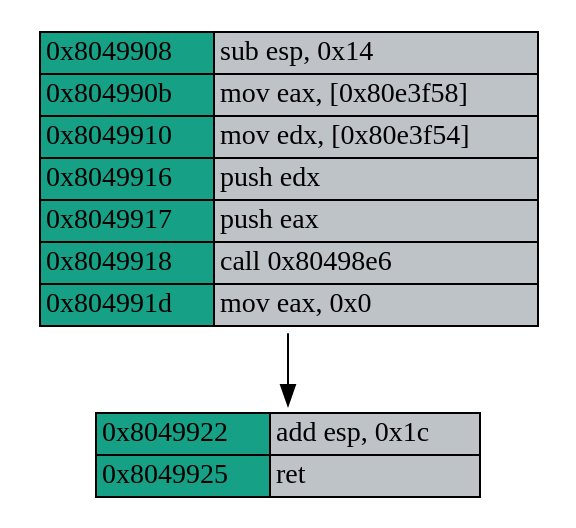
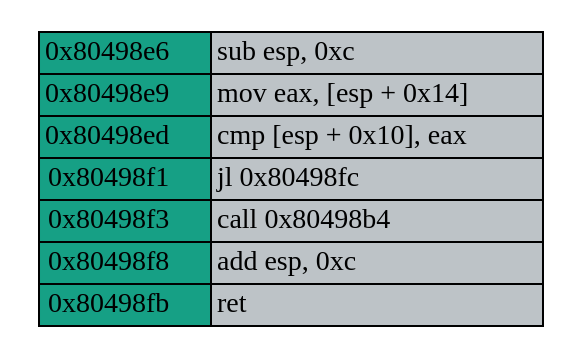
One commit to Nicolnegg/researh changed the diagram in VM/tools-paper/Examples/example-ineq-a>=b/function_cfg.dot. Above: the diagram before and after it, drawn with Graphviz. The commit also changed 53 other files, not shown here.

```diff
--- a/VM/tools-paper/Examples/example-ineq-a>=b/function_cfg.dot
+++ b/VM/tools-paper/Examples/example-ineq-a>=b/function_cfg.dot
@@ -1,22 +1,16 @@
 digraph G {
   node [shape=plaintext, ];
-  598651999 [label=<<table border="0" cellspacing="0">
-<tr><td border="1" bgcolor="#16a085">0x8049908</td><td border="1" bgcolor="#bdc3c7" align="left">sub esp, 0x14</td></tr>
-<tr><td border="1" bgcolor="#16a085">0x804990b</td><td border="1" bgcolor="#bdc3c7" align="left">mov eax, [0x80e3f58]</td></tr>
-<tr><td border="1" bgcolor="#16a085">0x8049910</td><td border="1" bgcolor="#bdc3c7" align="left">mov edx, [0x80e3f54]</td></tr>
-<tr><td border="1" bgcolor="#16a085">0x8049916</td><td border="1" bgcolor="#bdc3c7" align="left">push edx</td></tr>
-<tr><td border="1" bgcolor="#16a085">0x8049917</td><td border="1" bgcolor="#bdc3c7" align="left">push eax</td></tr>
-<tr><td border="1" bgcolor="#16a085">0x8049918</td><td border="1" bgcolor="#bdc3c7" align="left">call 0x80498e6</td></tr>
-<tr><td border="1" bgcolor="#16a085">0x804991d</td><td border="1" bgcolor="#bdc3c7" align="left">mov eax, 0x0</td></tr>
+  937280693 [label=<<table border="0" cellspacing="0">
+<tr><td border="1" bgcolor="#16a085">0x80498e6</td><td border="1" bgcolor="#bdc3c7" align="left">sub esp, 0xc</td></tr>
+<tr><td border="1" bgcolor="#16a085">0x80498e9</td><td border="1" bgcolor="#bdc3c7" align="left">mov eax, [esp + 0x14]</td></tr>
+<tr><td border="1" bgcolor="#16a085">0x80498ed</td><td border="1" bgcolor="#bdc3c7" align="left">cmp [esp + 0x10], eax</td></tr>
+<tr><td border="1" bgcolor="#16a085">0x80498f1</td><td border="1" bgcolor="#bdc3c7" align="left">jl 0x80498fc</td></tr>
+<tr><td border="1" bgcolor="#16a085">0x80498f3</td><td border="1" bgcolor="#bdc3c7" align="left">call 0x80498b4</td></tr>
+<tr><td border="1" bgcolor="#16a085">0x80498f8</td><td border="1" bgcolor="#bdc3c7" align="left">add esp, 0xc</td></tr>
+<tr><td border="1" bgcolor="#16a085">0x80498fb</td><td border="1" bgcolor="#bdc3c7" align="left">ret</td></tr>
 </table>>,
              ];
-  1026807040 [label=<<table border="0" cellspacing="0">
-<tr><td border="1" bgcolor="#16a085">0x8049922</td><td border="1" bgcolor="#bdc3c7" align="left">add esp, 0x1c</td></tr>
-<tr><td border="1" bgcolor="#16a085">0x8049925</td><td border="1" bgcolor="#bdc3c7" align="left">ret</td></tr>
-</table>>,
-              ];
   
   
-  598651999 -> 1026807040 [minlen=1, ];
   
   }
```
